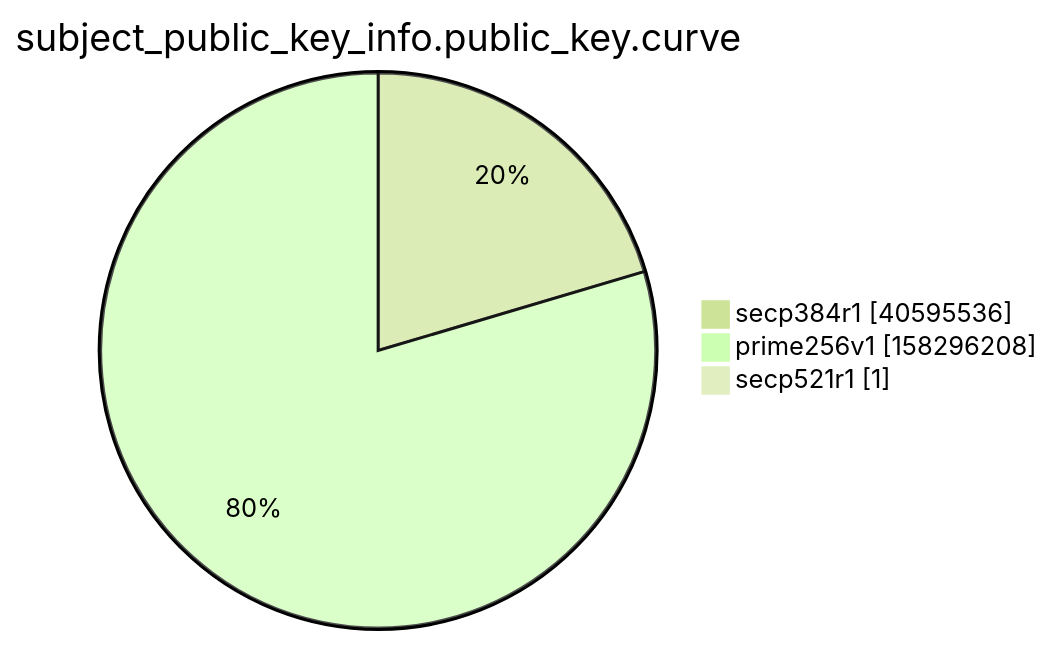
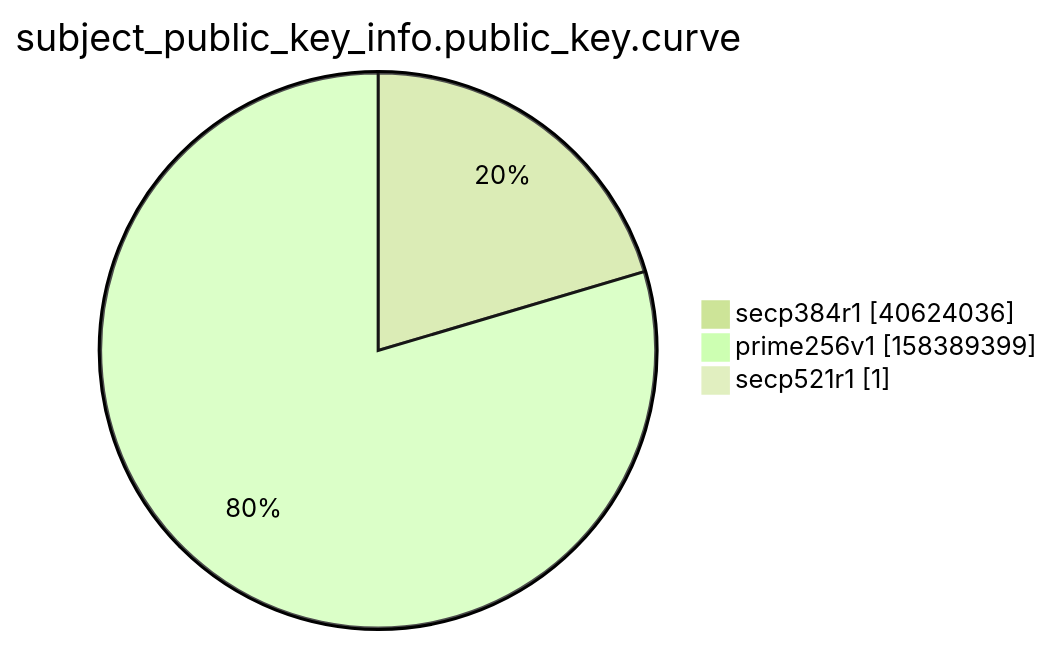
One commit to christiankrug/ctmonitor_visualization changed the ninth of 15 diagrams in xenon2022/README.md. Above: the diagram before and after it, drawn with Mermaid (forest theme). The commit also changed other lines of this file, not shown here.

````diff
--- a/xenon2022/README.md
+++ b/xenon2022/README.md
@@ -2867,7 +2867,7 @@
 ```mermaid
 pie showData
 title subject_public_key_info.public_key.curve
-"secp384r1" :40595536
-"prime256v1" :158296208
+"secp384r1" :40624036
+"prime256v1" :158389399
 "secp521r1" :1
 ```
````
